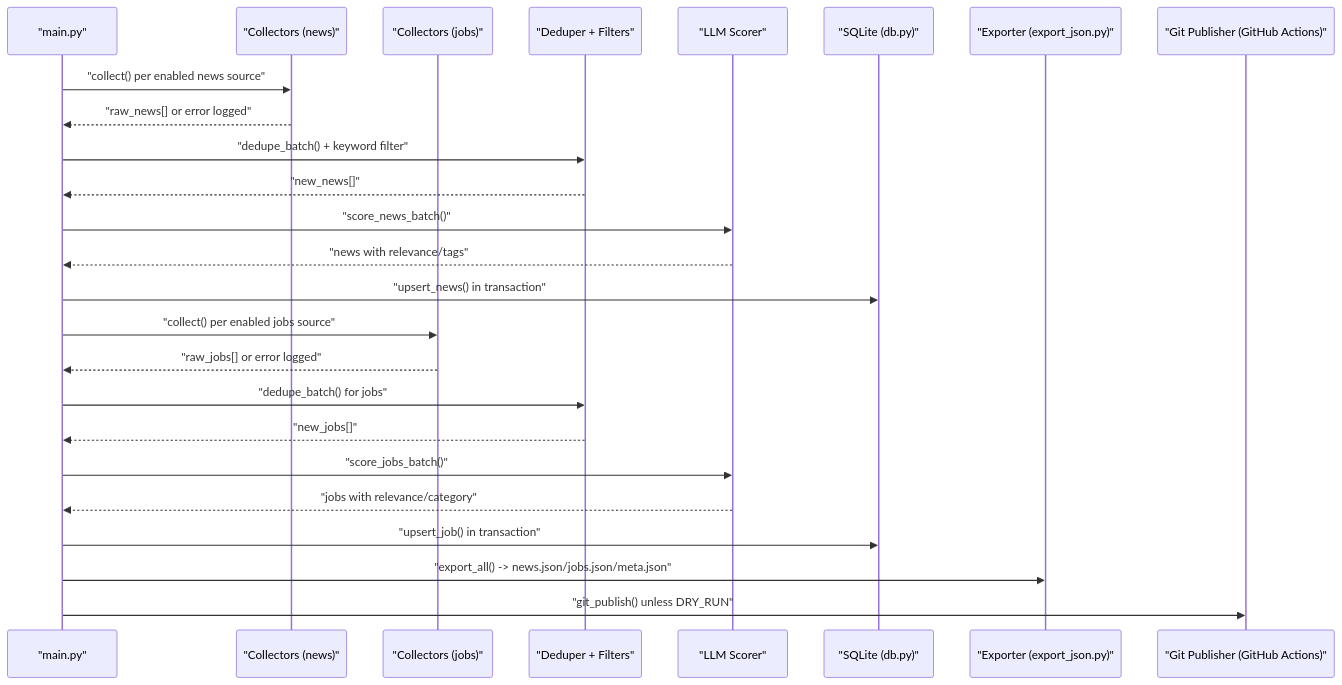
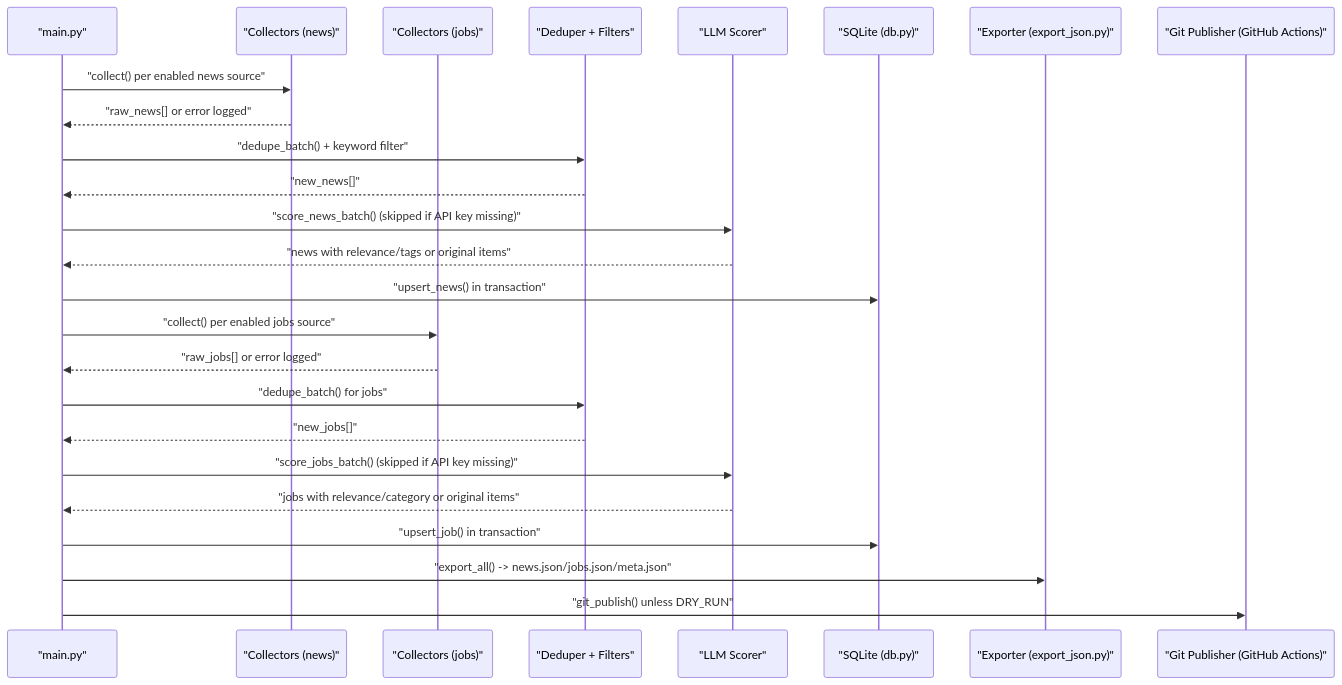
Before and after one commit to shakthi-vinayak/news: the second of 8 diagrams in .qoder/repowiki/en/content/Troubleshooting and FAQ.md, drawn with Mermaid. The commit also changed other lines of this file and 37 other files, not shown here.

````diff
--- a/.qoder/repowiki/en/content/Troubleshooting and FAQ.md
+++ b/.qoder/repowiki/en/content/Troubleshooting and FAQ.md
@@ -105,27 +104,27 @@
 ```mermaid
 sequenceDiagram
 participant W as "main.py"
 participant CN as "Collectors (news)"
 participant CJ as "Collectors (jobs)"
 participant DD as "Deduper + Filters"
 participant LLM as "LLM Scorer"
 participant DB as "SQLite (db.py)"
 participant EX as "Exporter (export_json.py)"
 participant GIT as "Git Publisher (GitHub Actions)"
 W->>CN : "collect() per enabled news source"
 CN-->>W : "raw_news[] or error logged"
 W->>DD : "dedupe_batch() + keyword filter"
 DD-->>W : "new_news[]"
-W->>LLM : "score_news_batch()"
-LLM-->>W : "news with relevance/tags"
+W->>LLM : "score_news_batch() (skipped if API key missing)"
+LLM-->>W : "news with relevance/tags or original items"
 W->>DB : "upsert_news() in transaction"
 W->>CJ : "collect() per enabled jobs source"
 CJ-->>W : "raw_jobs[] or error logged"
 W->>DD : "dedupe_batch() for jobs"
 DD-->>W : "new_jobs[]"
-W->>LLM : "score_jobs_batch()"
-LLM-->>W : "jobs with relevance/category"
+W->>LLM : "score_jobs_batch() (skipped if API key missing)"
+LLM-->>W : "jobs with relevance/category or original items"
 W->>DB : "upsert_job() in transaction"
 W->>EX : "export_all() -> news.json/jobs.json/meta.json"
 W->>GIT : "git_publish() unless DRY_RUN"
 ```
````
